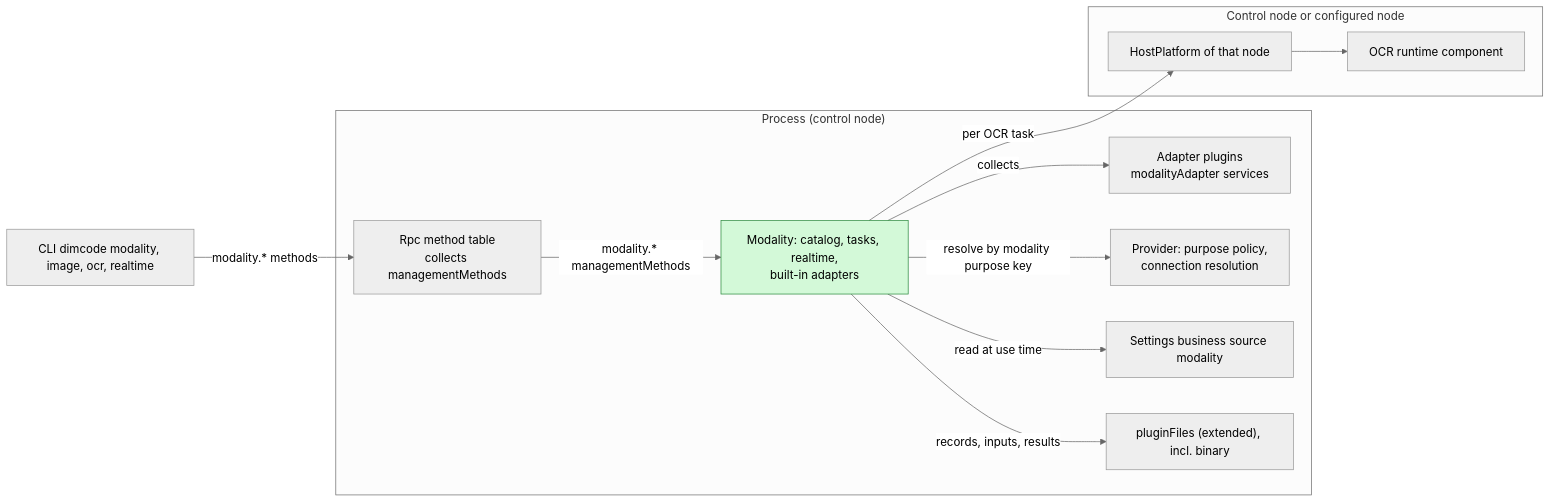
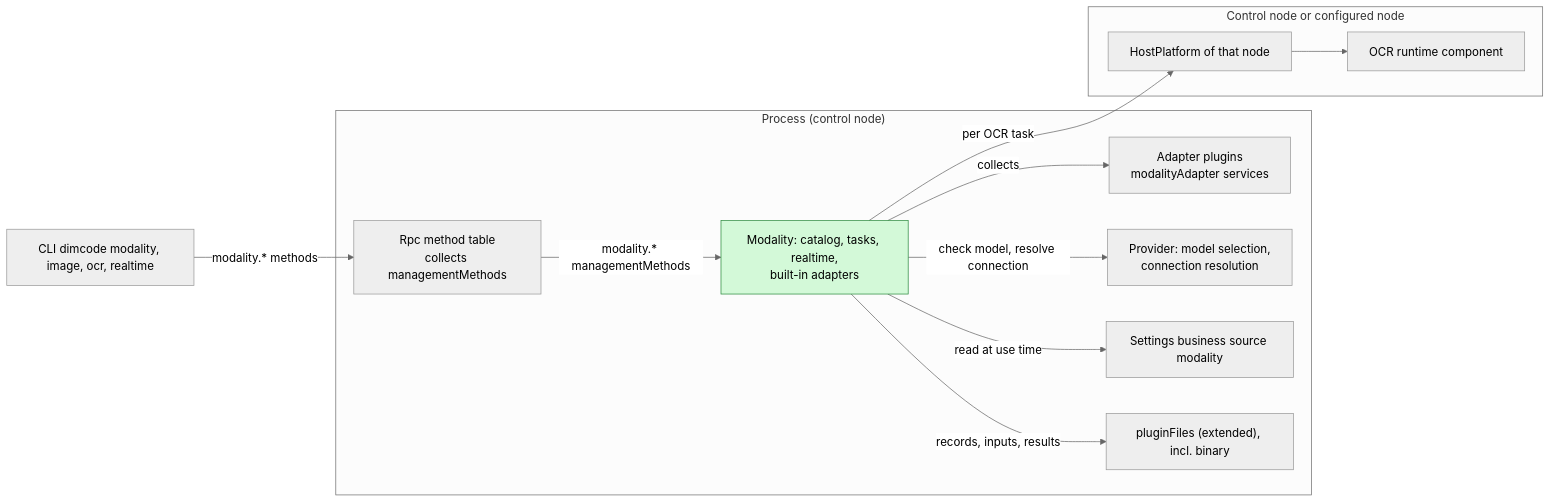
The first of 6 diagrams in docs/design/plugins/Modality.md (CoutinhoTTS/dim-agent), drawn with Mermaid (neutral theme) before and after one commit. The commit also changed other lines of this file and 14 other files, not shown here.

````diff
--- a/docs/design/plugins/Modality.md
+++ b/docs/design/plugins/Modality.md
@@ -13,25 +13,25 @@
 ```mermaid
 flowchart LR
   subgraph PROC["Process (control node)"]
     Mod["Modality: catalog, tasks, realtime,<br/>built-in adapters"]:::new
     AdPlug["Adapter plugins<br/>modalityAdapter services"]
     Rpc["Rpc method table<br/>collects managementMethods"]
-    Prov["Provider: purpose policy,<br/>connection resolution"]
+    Prov["Provider: model selection,<br/>connection resolution"]
     Set["Settings business source modality"]
     Store["pluginFiles (extended), incl. binary"]
   end
   subgraph NODE["Control node or configured node"]
     HP["HostPlatform of that node"]
     OCR["OCR runtime component"]
   end
   CLI["CLI dimcode modality, image, ocr, realtime"]
   Mod -->|"collects"| AdPlug
   Mod -->|"per OCR task"| HP
   HP --> OCR
-  Mod -->|"resolve by modality purpose key"| Prov
+  Mod -->|"check model, resolve connection"| Prov
   Mod -->|"records, inputs, results"| Store
   Mod -->|"read at use time"| Set
   Rpc -->|"modality.* managementMethods"| Mod
   CLI -->|"modality.* methods"| Rpc
   classDef new fill:#d3f9d8,stroke:#2b8a3e,color:#000
 ```
````
